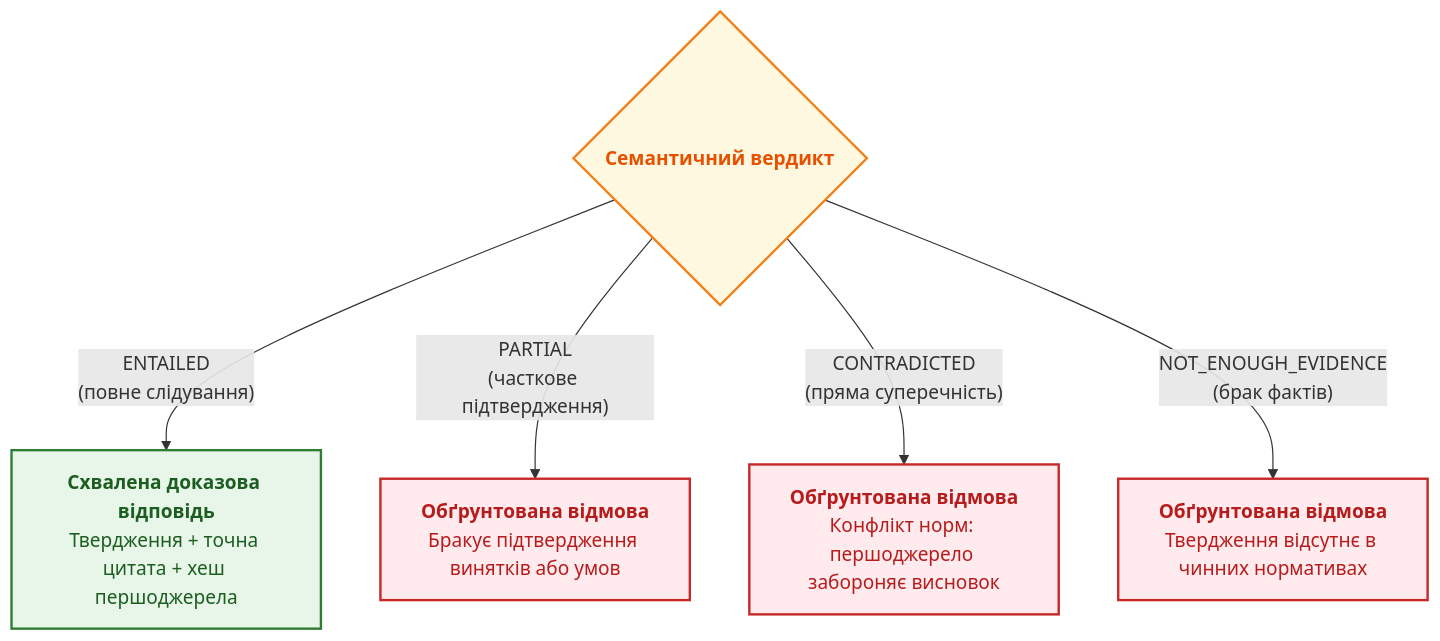
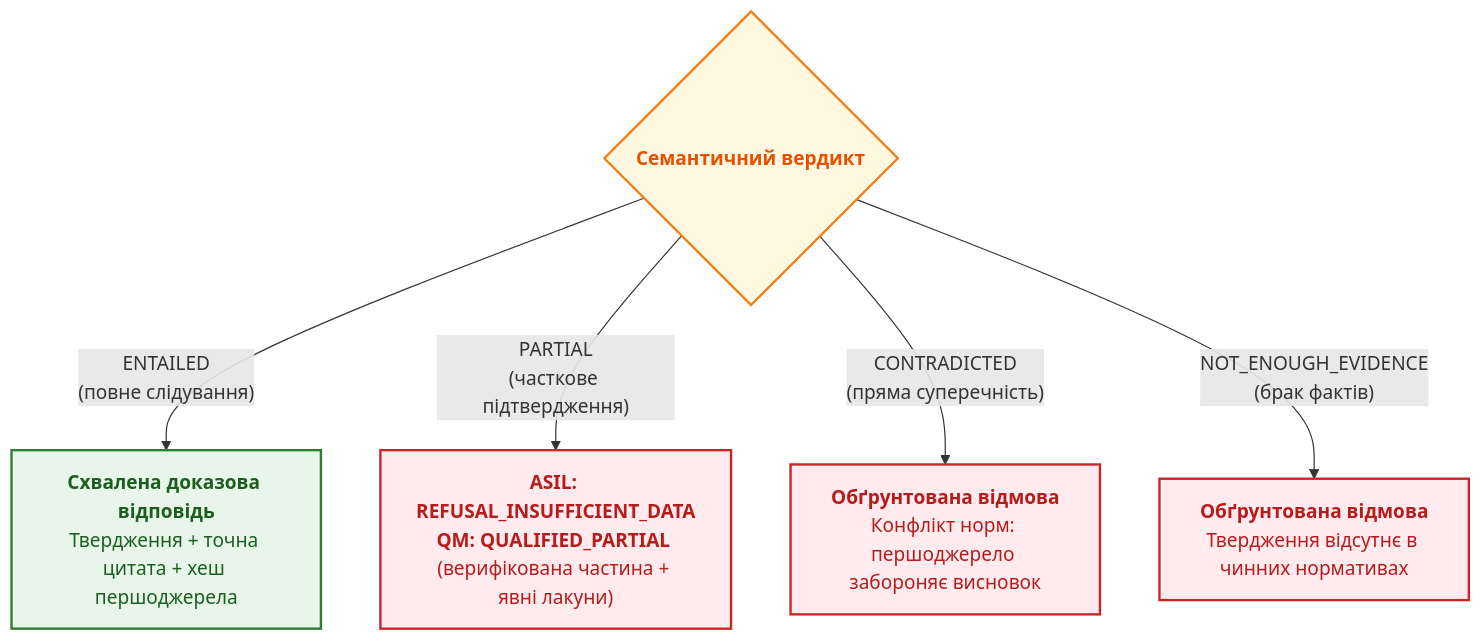
Before and after one commit to nick-fedchik/articles: the sixth of 8 diagrams in ExpertSystem/ch19-from-question-to-evidence.md, drawn with Mermaid. The commit also changed other lines of this file and 375 other files, not shown here.

````diff
--- a/ExpertSystem/ch19-from-question-to-evidence.md
+++ b/ExpertSystem/ch19-from-question-to-evidence.md
@@ -639,19 +901,19 @@
 ```mermaid
 flowchart TD
     accTitle: Чотиризначний шлюз перевірки доказу твердження
-    accDescr: Лише статус ENTAILED веде до формування доказової відповіді, тоді як PARTIAL, CONTRADICTED та NOT_ENOUGH_EVIDENCE переходять у стан безпечної відмови з поясненням.
+    accDescr: Статус ENTAILED веде до схваленої відповіді, PARTIAL розгалужується за профілем безпеки на REFUSAL_INSUFFICIENT_DATA (ASIL) або QUALIFIED_PARTIAL (QM), а CONTRADICTED та NOT_ENOUGH_EVIDENCE переходять у стан безпечної відмови.
 
     V{"<b>Семантичний вердикт</b>"}
     V -->|"ENTAILED<br/>(повне слідування)"| OK["<b>Схвалена доказова відповідь</b><br/>Твердження + точна цитата + хеш першоджерела"]
-    V -->|"PARTIAL<br/>(часткове підтвердження)"| REF1["<b>Обґрунтована відмова</b><br/>Бракує підтвердження винятків або умов"]
+    V -->|"PARTIAL<br/>(часткове підтвердження)"| REF1["<b>ASIL: REFUSAL_INSUFFICIENT_DATA</b><br/><b>QM: QUALIFIED_PARTIAL</b> (верифікована частина + явні лакуни)"]
     V -->|"CONTRADICTED<br/>(пряма суперечність)"| REF2["<b>Обґрунтована відмова</b><br/>Конфлікт норм: першоджерело забороняє висновок"]
     V -->|"NOT_ENOUGH_EVIDENCE<br/>(брак фактів)"| REF3["<b>Обґрунтована відмова</b><br/>Твердження відсутнє в чинних нормативах"]
 
     classDef ok fill:#e8f5e9,stroke:#2e7d32,stroke-width:2px,color:#1b5e20;
     classDef gate fill:#fff8e1,stroke:#f57f17,stroke-width:2px,color:#e65100;
     classDef no fill:#ffebee,stroke:#c62828,stroke-width:2px,color:#b71c1c;
 
     class V gate;
     class OK ok;
     class REF1,REF2,REF3 no;
 ```
````
